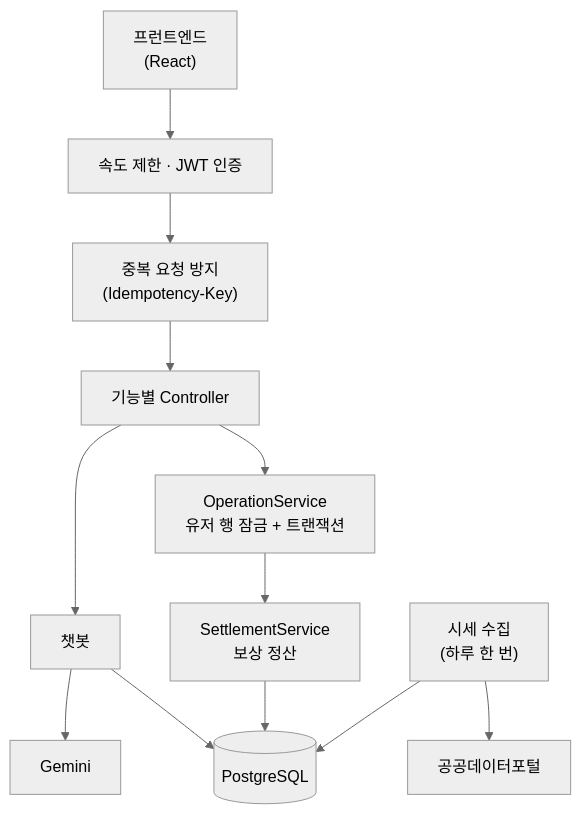
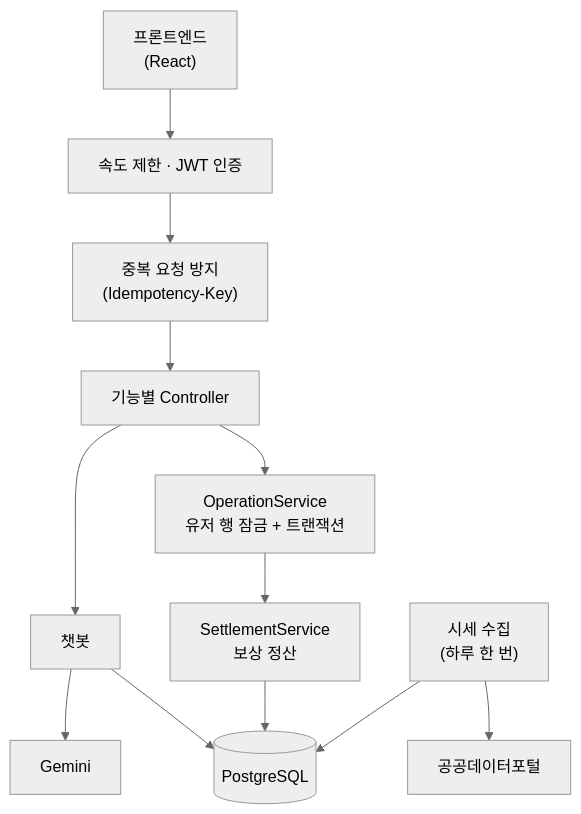
Before and after one commit to Dandimandeuljo/Gyeongbug-Expedition-Backend: the diagram in README.md, drawn with Mermaid (neutral theme). The commit also changed other lines of this file, not shown here.

````diff
--- a/README.md
+++ b/README.md
@@ -159,14 +159,14 @@
 ```mermaid
 flowchart TD
-    Client["프런트엔드<br/>(React)"] --> Guard["속도 제한 · JWT 인증"]
+    Client["프론트엔드 <br/>(React)"] --> Guard["속도 제한 · JWT 인증"]
     Guard --> Idem["중복 요청 방지<br/>(Idempotency-Key)"]
     Idem --> Controller["기능별 Controller"]
     Controller --> Operation["OperationService<br/>유저 행 잠금 + 트랜잭션"]
     Operation --> Settlement["SettlementService<br/>보상 정산"]
     Settlement --> DB[("PostgreSQL")]
     Controller --> Chat["챗봇"]
     Chat --> DB
     Chat --> Gemini["Gemini"]
     Collector["시세 수집<br/>(하루 한 번)"] --> Public["공공데이터포털"]
     Collector --> DB
 ```
````
